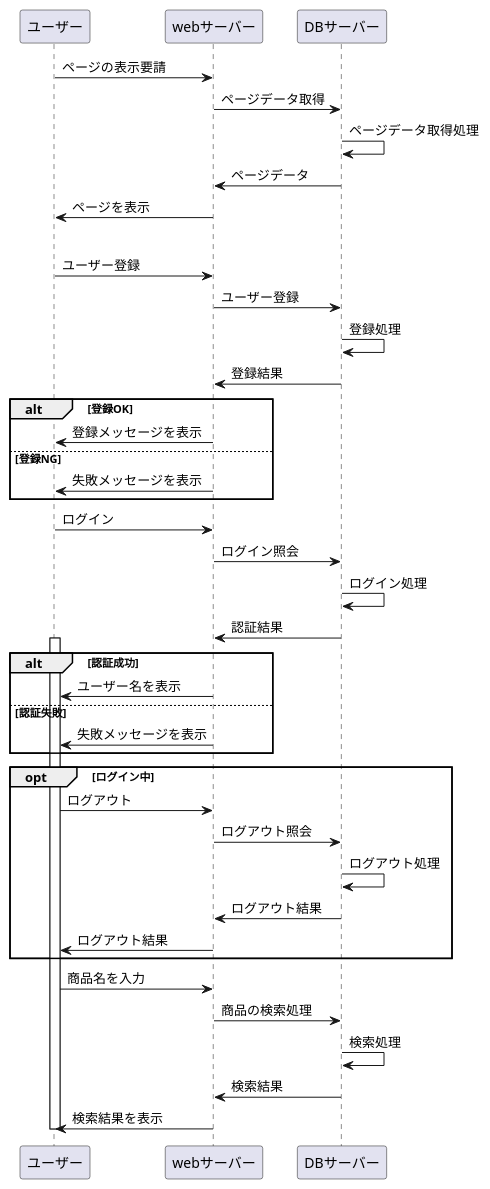
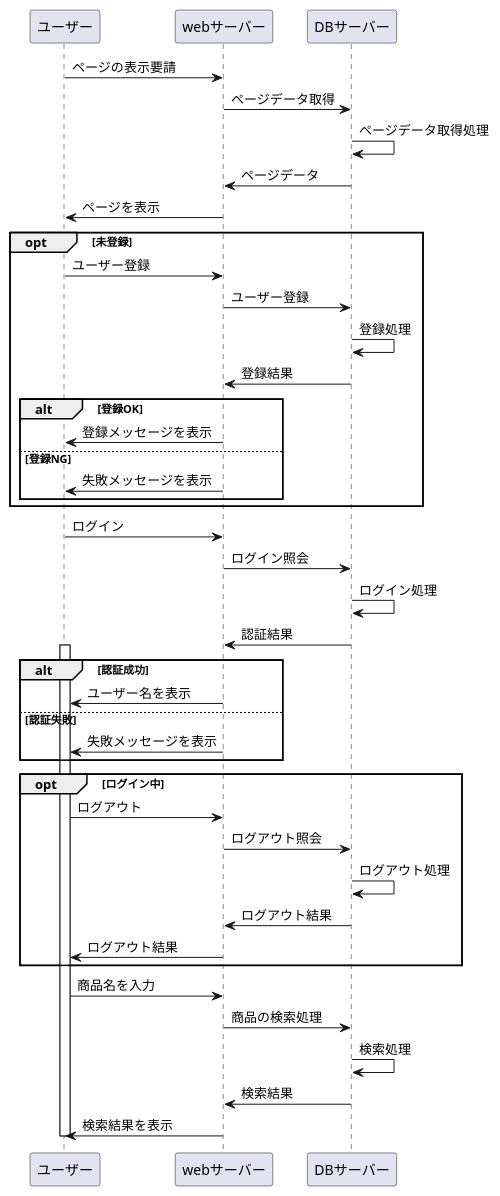
Before and after one commit to Aso2001019/2021sys-design: the diagram in kadai8.md, drawn with PlantUML.

````diff
--- a/kadai8.md
+++ b/kadai8.md
@@ -1,59 +1,59 @@
 ```uml
 @startuml
 ユーザー -> webサーバー : ページの表示要請
 webサーバー -> DBサーバー : ページデータ取得
 DBサーバー -> DBサーバー : ページデータ取得処理
 DBサーバー -> webサーバー : ページデータ
 webサーバー -> ユーザー : ページを表示
 
 opt 未登録
 
 ユーザー -> webサーバー : ユーザー登録
 webサーバー -> DBサーバー : ユーザー登録
 DBサーバー -> DBサーバー : 登録処理
 DBサーバー -> webサーバー : 登録結果
 
 alt 登録OK
 webサーバー -> ユーザー : 登録メッセージを表示
 
 else 登録NG
 webサーバー -> ユーザー : 失敗メッセージを表示
 
-
+end
 
 end
 
 ユーザー -> webサーバー : ログイン
 webサーバー -> DBサーバー : ログイン照会
 DBサーバー -> DBサーバー : ログイン処理
 DBサーバー -> webサーバー : 認証結果
 
 activate ユーザー
 
 alt 認証成功
 webサーバー -> ユーザー : ユーザー名を表示
 
 else 認証失敗
 webサーバー -> ユーザー : 失敗メッセージを表示
 
 end
 
 opt ログイン中
 
 ユーザー -> webサーバー : ログアウト
 webサーバー -> DBサーバー : ログアウト照会
 DBサーバー -> DBサーバー : ログアウト処理
 DBサーバー -> webサーバー : ログアウト結果
 webサーバー -> ユーザー : ログアウト結果
 
 end
 
 ユーザー -> webサーバー : 商品名を入力
 webサーバー -> DBサーバー : 商品の検索処理
 DBサーバー -> DBサーバー : 検索処理
 DBサーバー -> webサーバー : 検索結果
 webサーバー -> ユーザー : 検索結果を表示
 
 deactivate ユーザー
 @enduml
 ```
````
